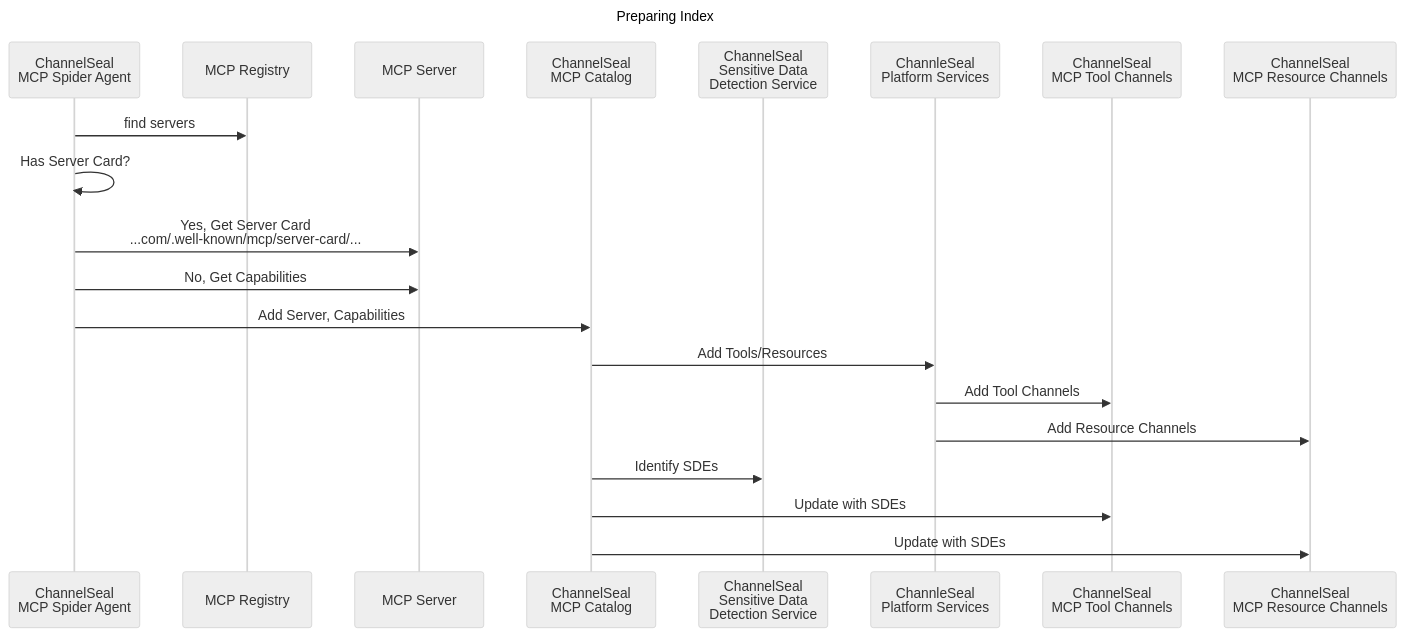
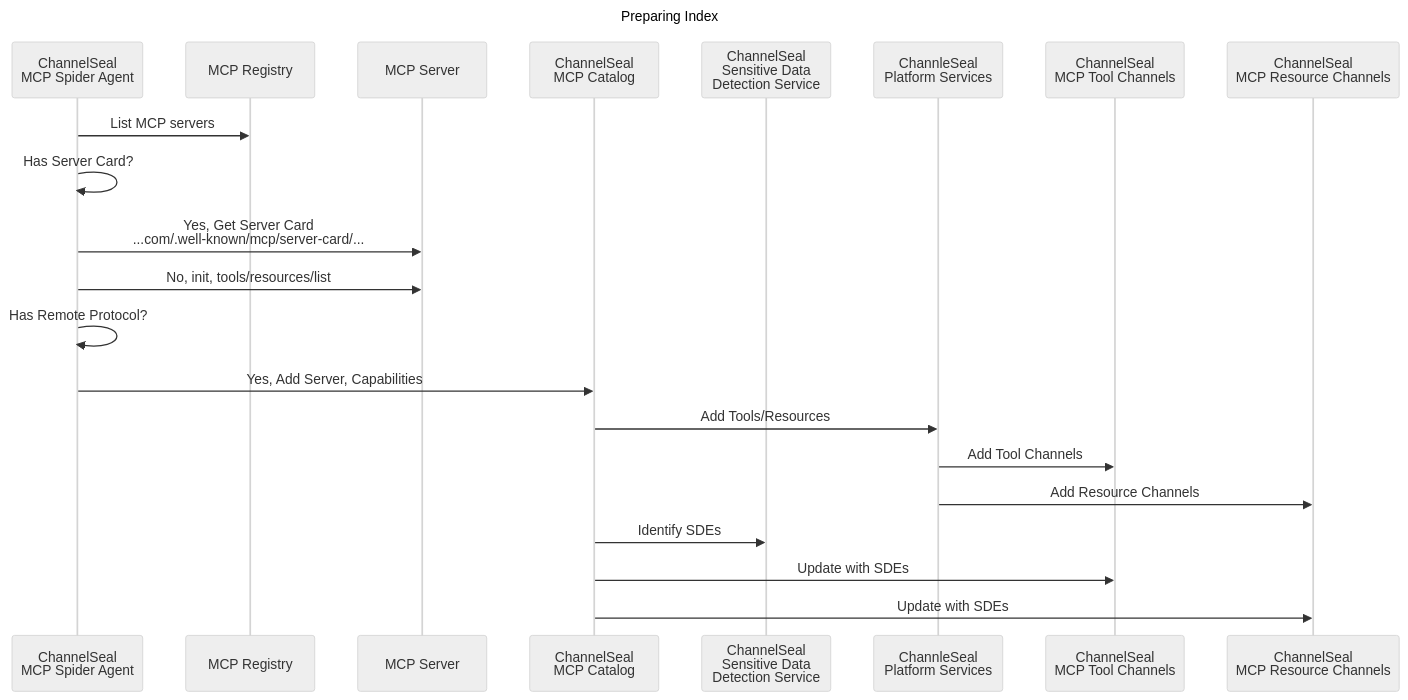
Before and after one commit to sdatapix/tinkering: the first of 3 diagrams in mcp/integration/README.md, drawn with Mermaid (neutral theme). The commit also changed other lines of this file, not shown here.

````diff
--- a/mcp/integration/README.md
+++ b/mcp/integration/README.md
@@ -9,28 +20,29 @@
 ```mermaid
 ---
 title: Preparing Index
 ---
 sequenceDiagram
 
 participant CSA as ChannelSeal <br>MCP Spider Agent
 participant MR as MCP Registry
 participant MS as MCP Server
 participant CMC as ChannelSeal <br>MCP Catalog
 participant CSDS as ChannelSeal <br>Sensitive Data <br>Detection Service
 participant CPS as ChannleSeal <br>Platform Services
 participant CMTC as ChannelSeal <br>MCP Tool Channels
 participant CMRC as ChannelSeal <br>MCP Resource Channels
 
-CSA->>MR: find servers
+CSA->>MR: List MCP servers
 CSA->>CSA: Has Server Card?
 CSA->>MS: Yes, Get Server Card <br>...com/.well-known/mcp/server-card/...
-CSA->>MS: No, Get Capabilities
-CSA->>CMC: Add Server, Capabilities
+CSA->>MS: No, init, tools/resources/list
+CSA->>CSA: Has Remote Protocol?
+CSA->>CMC: Yes, Add Server, Capabilities
 CMC->>CPS: Add Tools/Resources
 CPS->>CMTC: Add Tool Channels
 CPS->>CMRC: Add Resource Channels
 CMC->>CSDS: Identify SDEs
 CMC->>CMTC: Update with SDEs
 CMC->>CMRC: Update with SDEs
 
 ```
````
